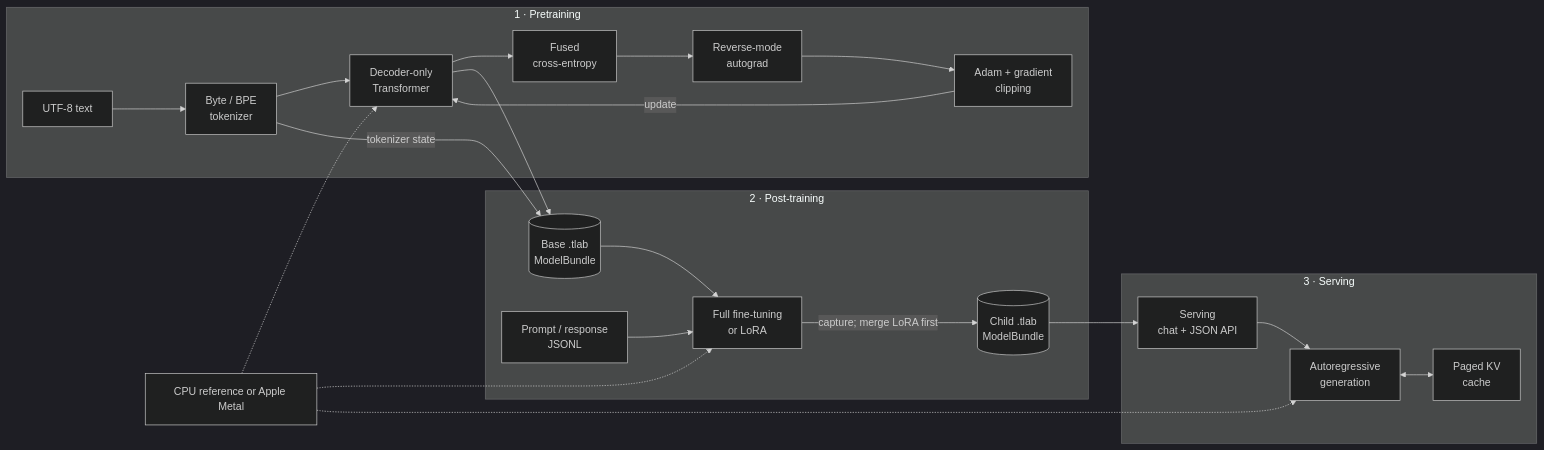
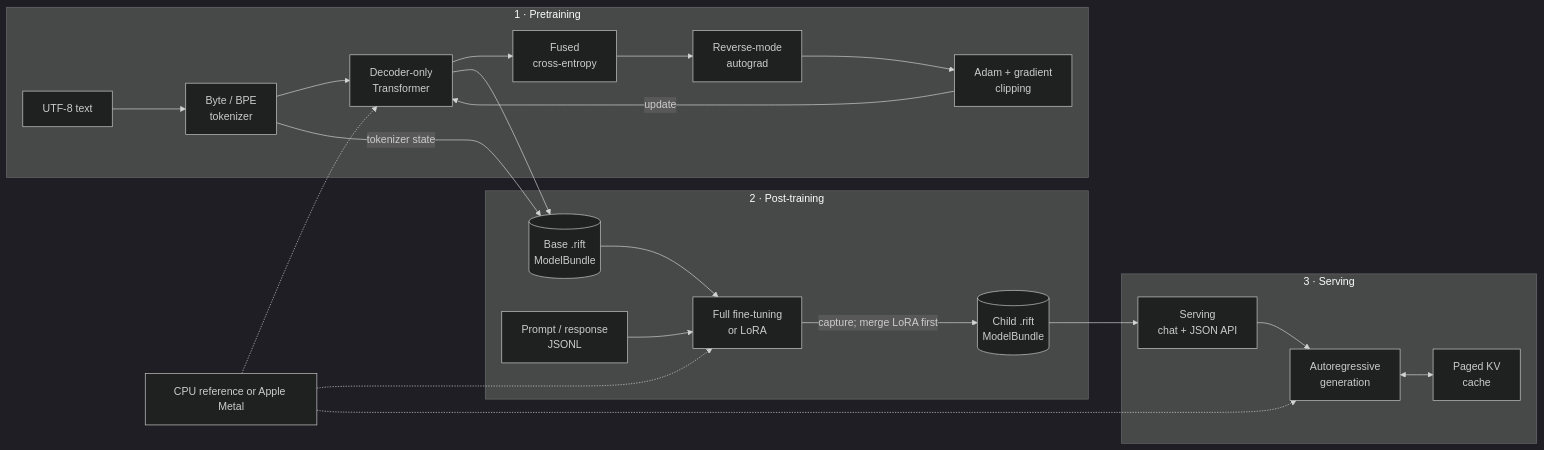
The first of 2 diagrams in README.md (quangng2000/riftco-transformer), drawn with Mermaid (dark theme) before and after one commit. The commit also changed other lines of this file and 271 other files, not shown here.

````diff
--- a/README.md
+++ b/README.md
@@ -18,30 +21,30 @@
 ```mermaid
 flowchart LR
     subgraph P["1 · Pretraining"]
         Text["UTF-8 text"] --> Tokens["Byte / BPE<br/>tokenizer"]
         Tokens --> Model["Decoder-only<br/>Transformer"]
         Model --> Loss["Fused<br/>cross-entropy"]
         Loss --> Grad["Reverse-mode<br/>autograd"]
         Grad --> Adam["Adam + gradient<br/>clipping"]
         Adam -->|update| Model
     end
 
-    Model --> Base[("Base .tlab<br/>ModelBundle")]
+    Model --> Base[("Base .rift<br/>ModelBundle")]
     Tokens -->|tokenizer state| Base
 
     subgraph T["2 · Post-training"]
         Base --> Tune["Full fine-tuning<br/>or LoRA"]
         Instructions["Prompt / response<br/>JSONL"] --> Tune
-        Tune -->|capture; merge LoRA first| Child[("Child .tlab<br/>ModelBundle")]
+        Tune -->|capture; merge LoRA first| Child[("Child .rift<br/>ModelBundle")]
     end
 
     subgraph S["3 · Serving"]
         Child --> API["Serving<br/>chat + JSON API"]
         API --> Decode["Autoregressive<br/>generation"]
         Decode <--> Cache["Paged KV<br/>cache"]
     end
 
     Runtime["CPU reference or Apple Metal"] -.-> Model
     Runtime -.-> Tune
     Runtime -.-> Decode
 ```
````
